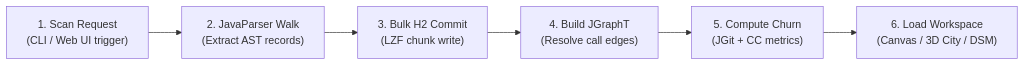
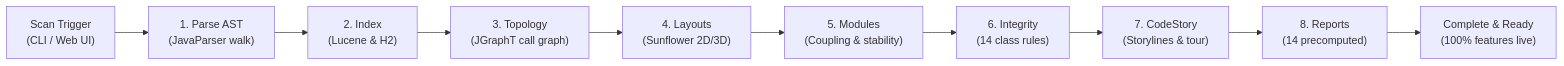
One commit to manvenpratap/codelens changed the second of 5 diagrams in PROJECT_CONTEXT.md. Above: the diagram before and after it, drawn with Mermaid. The commit also changed other lines of this file and 24 other files, not shown here.

Commit message:
docs: update archify diagrams, readme, project context, and create github wiki suite

````diff
--- a/PROJECT_CONTEXT.md
+++ b/PROJECT_CONTEXT.md
@@ -46,8 +57,12 @@
 ```mermaid
 flowchart LR
-    A["1. Scan Request\n(CLI / Web UI trigger)"] --> B["2. JavaParser Walk\n(Extract AST records)"]
-    B --> C["3. Bulk H2 Commit\n(LZF chunk write)"]
-    C --> D["4. Build JGraphT\n(Resolve call edges)"]
-    D --> E["5. Compute Churn\n(JGit + CC metrics)"]
-    E --> F["6. Load Workspace\n(Canvas / 3D City / DSM)"]
+    A["Scan Trigger\n(CLI / Web UI)"] --> B["1. Parse AST\n(JavaParser walk)"]
+    B --> C["2. Index\n(Lucene & H2)"]
+    C --> D["3. Topology\n(JGraphT call graph)"]
+    D --> E["4. Layouts\n(Sunflower 2D/3D)"]
+    E --> F["5. Modules\n(Coupling & stability)"]
+    F --> G["6. Integrity\n(14 class rules)"]
+    G --> H["7. CodeStory\n(Storylines & tour)"]
+    H --> I["8. Reports\n(14 precomputed)"]
+    I --> J["Complete & Ready\n(100% features live)"]
 ```
````
